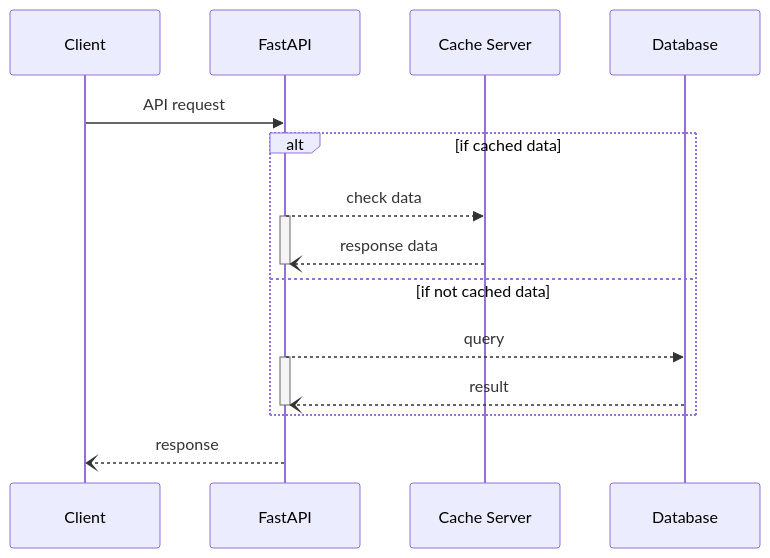
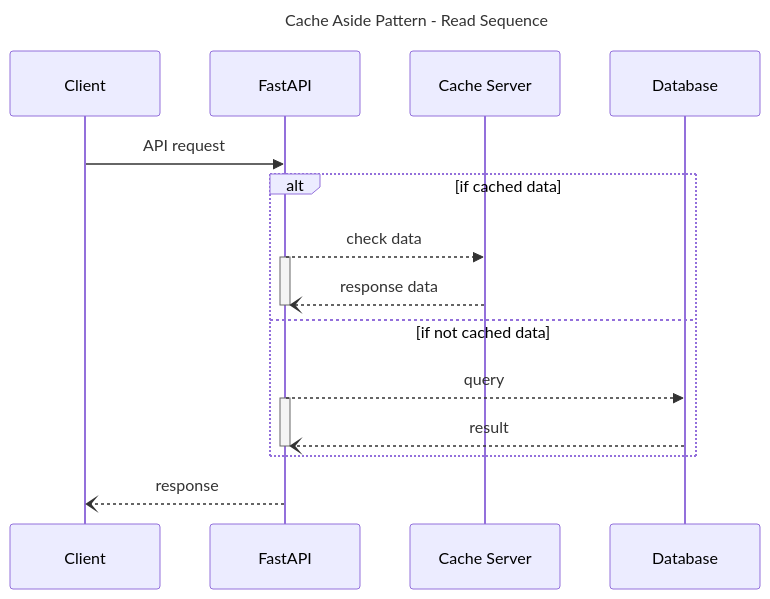
Before and after one commit to djccnt15/djccnt15.github.io: the second of 2 diagrams in docs/portfolio/board.md, drawn with Mermaid. The commit also changed other lines of this file and 3 other files, not shown here.

````diff
--- a/docs/portfolio/board.md
+++ b/docs/portfolio/board.md
@@ -339,16 +339,19 @@
 ```mermaid
+---
+title: Cache Aside Pattern - Read Sequence
+---
 sequenceDiagram
     Client ->> FastAPI: API request
     alt if cached data
     FastAPI -->> Cache Server: check data
     activate FastAPI
     Cache Server --) FastAPI: response data
     deactivate FastAPI
     else if not cached data
     FastAPI -->> Database: query
     activate FastAPI
     Database --) FastAPI: result
     deactivate FastAPI
     end
     FastAPI --) Client: response
 ```
````
